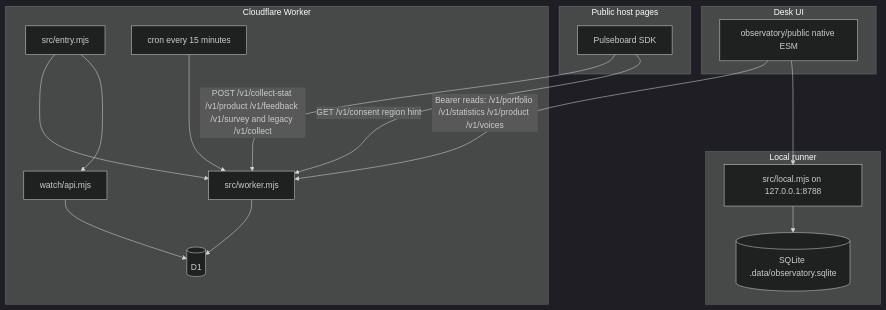
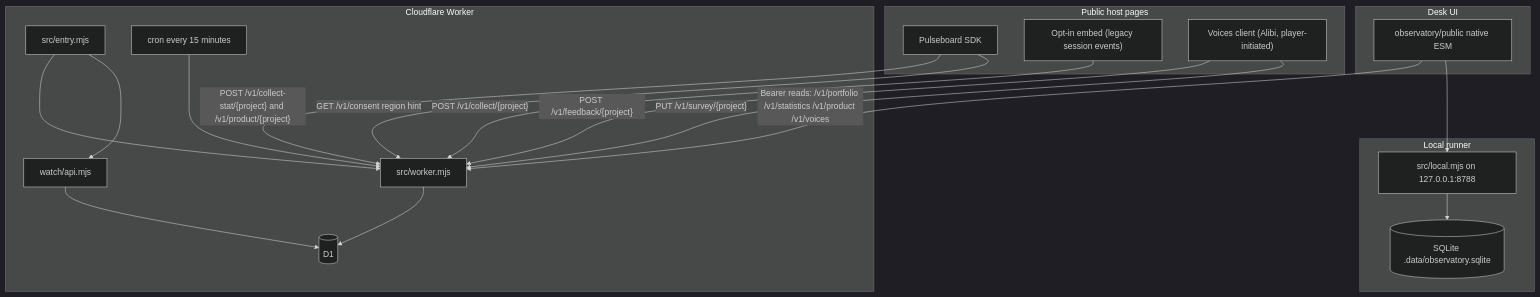
Before and after one commit to Chris0Jeky/Pulseboard: the first of 2 diagrams in README.md, drawn with Mermaid (dark theme). The commit also changed other lines of this file, not shown here.

Commit message:
README: put survey writes on a PUT edge, attribute Voices and embed posts to their clients, describe the survey key as device-generated

````diff
--- a/README.md
+++ b/README.md
@@ -68,30 +68,35 @@
 ```mermaid
 flowchart TB
   subgraph hosts [Public host pages]
     sdk["Pulseboard SDK"]
+    embed["Opt-in embed (legacy session events)"]
+    voices["Voices client (Alibi, player-initiated)"]
   end
   subgraph edge [Cloudflare Worker]
     entry["src/entry.mjs"]
     worker["src/worker.mjs"]
     watchapi["watch/api.mjs"]
     cron["cron every 15 minutes"]
     d1[("D1")]
     entry --> worker
     entry --> watchapi
     cron --> worker
     worker --> d1
     watchapi --> d1
   end
   subgraph desk [Desk UI]
     ui["observatory/public native ESM"]
   end
   subgraph local [Local runner]
     runner["src/local.mjs on 127.0.0.1:8788"]
     sqlite[("SQLite .data/observatory.sqlite")]
     runner --> sqlite
   end
-  sdk -->|"POST /v1/collect-stat /v1/product /v1/feedback /v1/survey and legacy /v1/collect"| worker
+  sdk -->|"POST /v1/collect-stat/{project} and /v1/product/{project}"| worker
+  embed -->|"POST /v1/collect/{project}"| worker
+  voices -->|"POST /v1/feedback/{project}"| worker
+  voices -->|"PUT /v1/survey/{project}"| worker
   sdk -->|"GET /v1/consent region hint"| worker
   ui -->|"Bearer reads: /v1/portfolio /v1/statistics /v1/product /v1/voices"| worker
   ui --> runner
 ```
````
